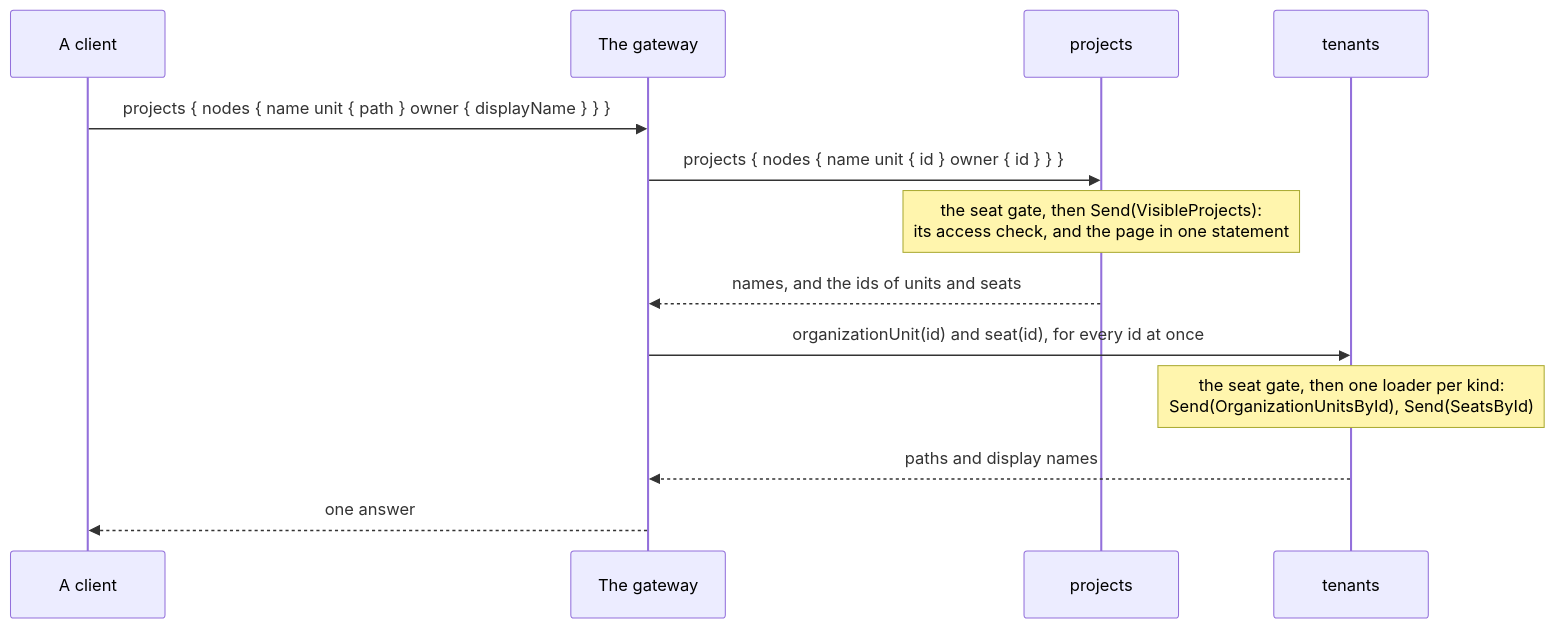
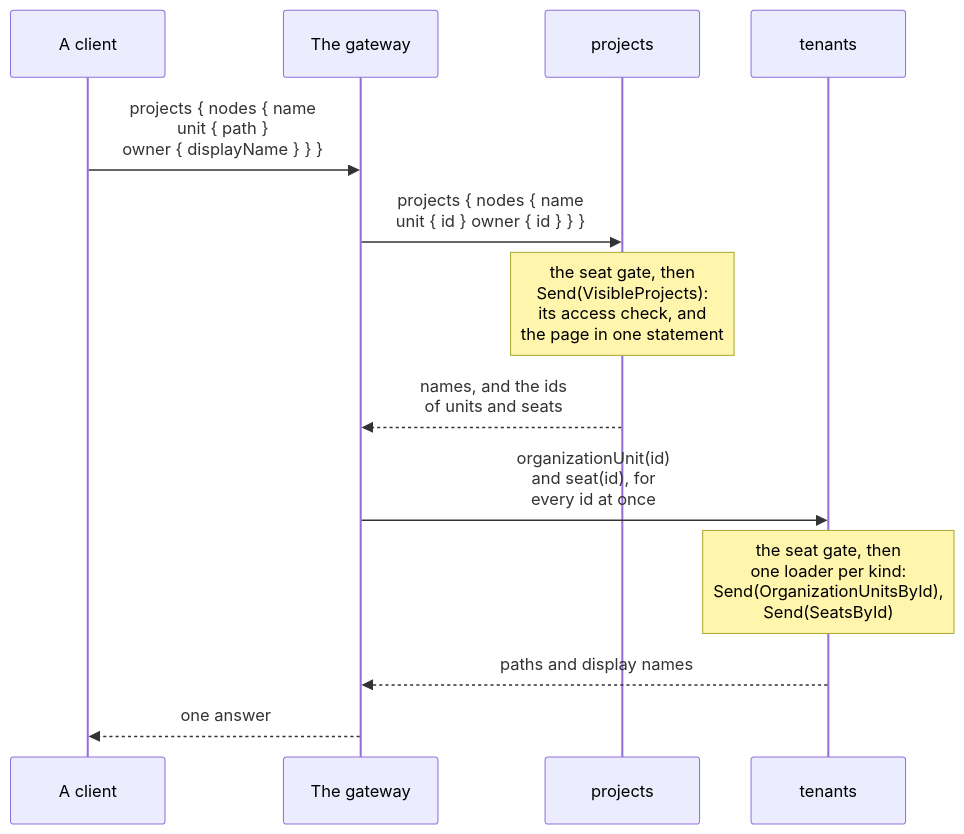
One commit to DylanSnel/DDDToolkit changed diagram 19 of 22 in docs/tenancy.md. Above: the diagram before and after it, drawn with Mermaid. The commit also changed other lines of this file and 9 other files, not shown here.

````diff
--- a/docs/tenancy.md
+++ b/docs/tenancy.md
@@ -3167,16 +3161,16 @@
 ```mermaid
 sequenceDiagram
     participant Client as A client
     participant Gateway as The gateway
     participant Projects as projects
     participant Tenants as tenants
 
-    Client->>Gateway: projects { nodes { name unit { path } owner { displayName } } }
-    Gateway->>Projects: projects { nodes { name unit { id } owner { id } } }
-    Note over Projects: the seat gate, then Send(VisibleProjects):<br/>its access check, and the page in one statement
-    Projects-->>Gateway: names, and the ids of units and seats
-    Gateway->>Tenants: organizationUnit(id) and seat(id), for every id at once
-    Note over Tenants: the seat gate, then one loader per kind:<br/>Send(OrganizationUnitsById), Send(SeatsById)
+    Client->>Gateway: projects { nodes { name<br/>unit { path }<br/>owner { displayName } } }
+    Gateway->>Projects: projects { nodes { name<br/>unit { id } owner { id } } }
+    Note over Projects: the seat gate, then<br/>Send(VisibleProjects):<br/>its access check, and<br/>the page in one statement
+    Projects-->>Gateway: names, and the ids<br/>of units and seats
+    Gateway->>Tenants: organizationUnit(id)<br/>and seat(id), for<br/>every id at once
+    Note over Tenants: the seat gate, then<br/>one loader per kind:<br/>Send(OrganizationUnitsById),<br/>Send(SeatsById)
     Tenants-->>Gateway: paths and display names
     Gateway-->>Client: one answer
 ```
````
